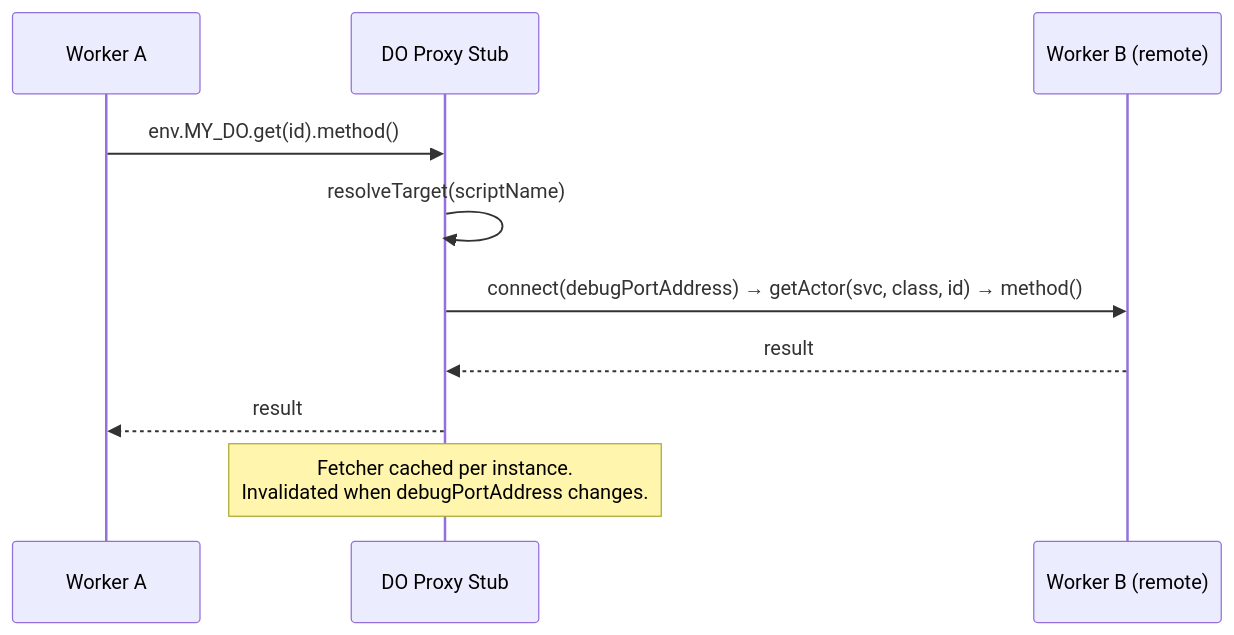
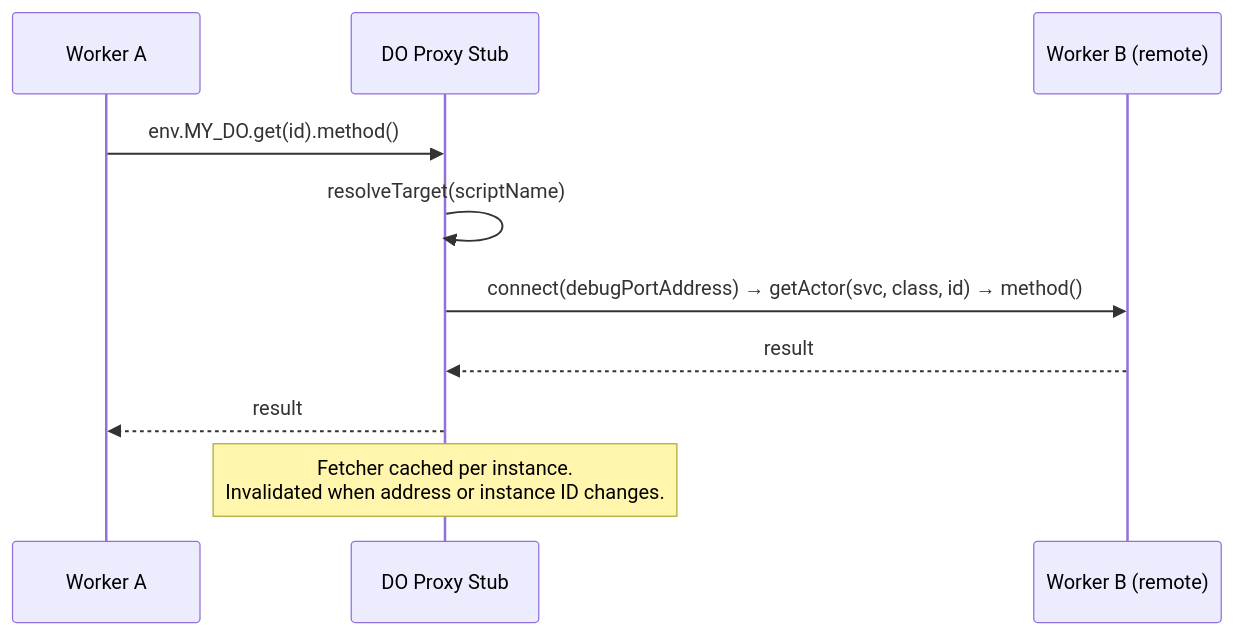
One commit to cloudflare/workers-sdk changed the third of 3 diagrams in packages/miniflare/src/shared/DEV_REGISTRY.md. Above: the diagram before and after it, drawn with Mermaid. The commit also changed other lines of this file and 19 other files, not shown here.

````diff
--- a/packages/miniflare/src/shared/DEV_REGISTRY.md
+++ b/packages/miniflare/src/shared/DEV_REGISTRY.md
@@ -104,14 +114,14 @@
 ```mermaid
 sequenceDiagram
     participant A as Worker A
     participant S as DO Proxy Stub
     participant B as Worker B (remote)
 
     A->>S: env.MY_DO.get(id).method()
     S->>S: resolveTarget(scriptName)
     S->>B: connect(debugPortAddress) → getActor(svc, class, id) → method()
     B-->>S: result
     S-->>A: result
 
-    Note over S: Fetcher cached per instance.<br/>Invalidated when debugPortAddress changes.
+	Note over S: Fetcher cached per instance.<br/>Invalidated when address or instance ID changes.
 ```
````
